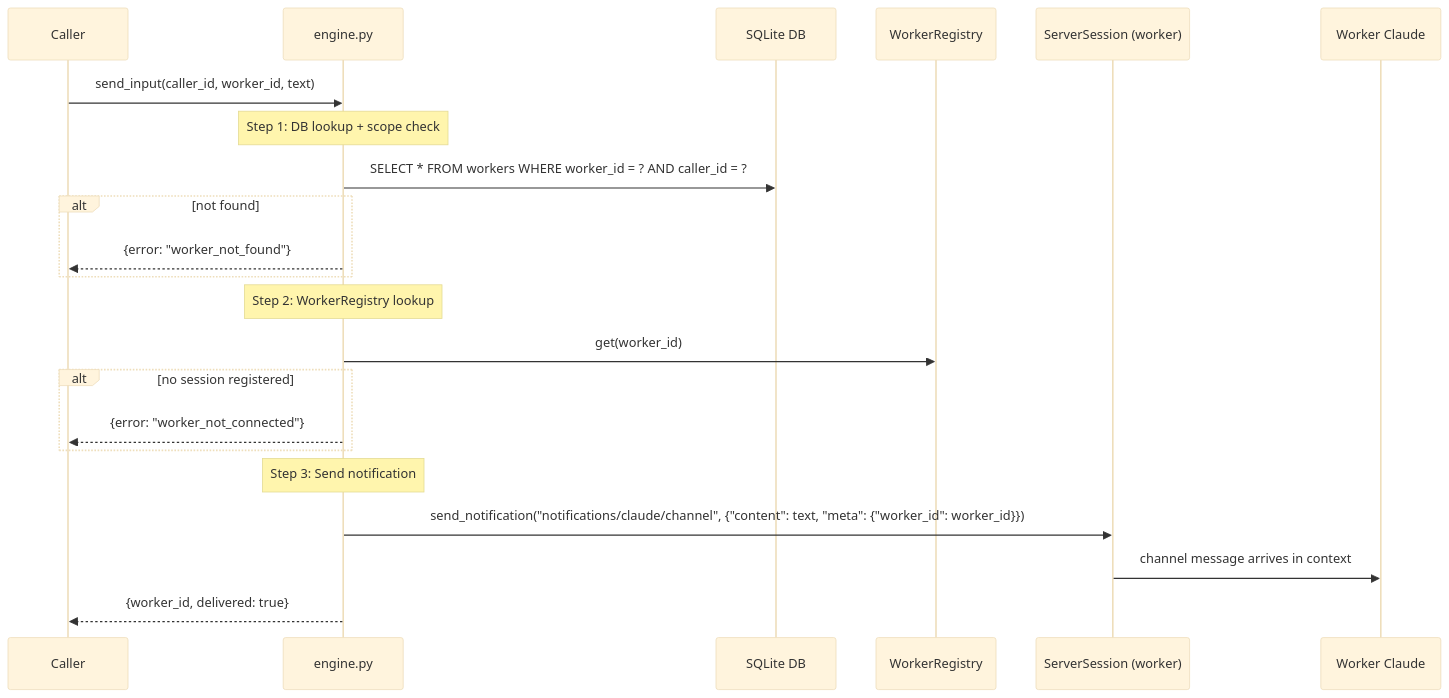
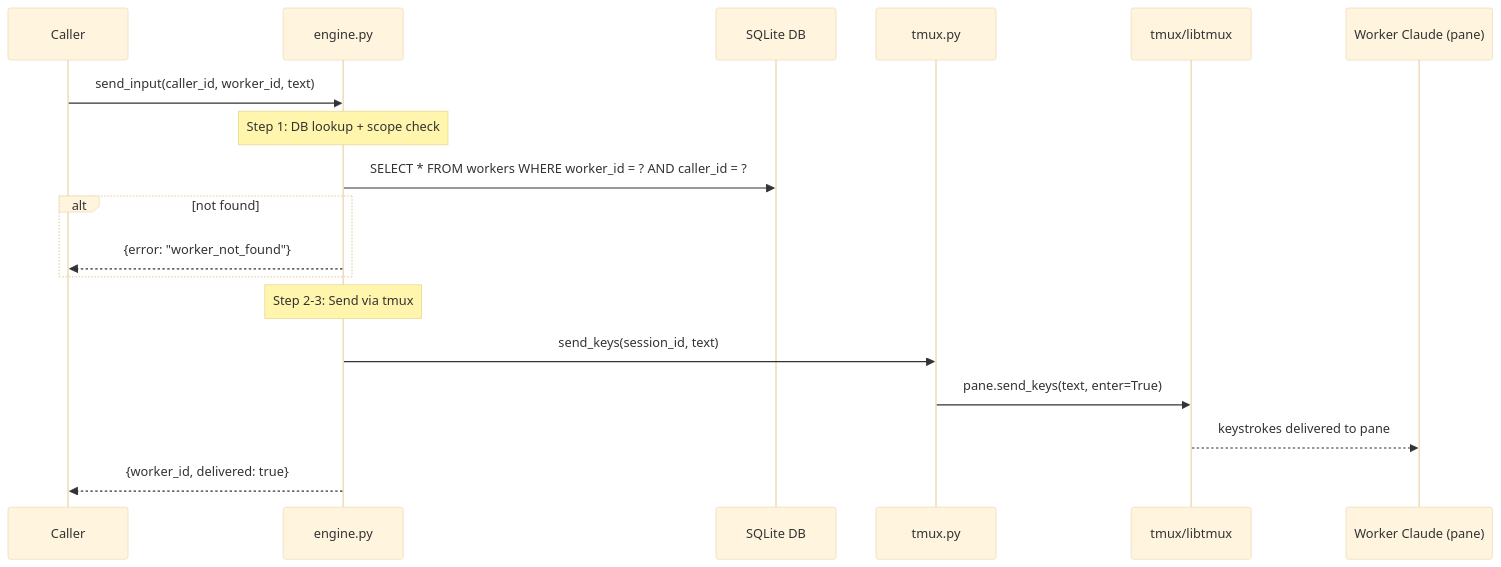
Before and after one commit to gabemahoney/waggle: the diagram in docs/architecture/send_input.md, drawn with Mermaid (base theme). The commit also changed other lines of this file and 24 other files, not shown here.

First line of the commit message:
Replace Claude Channels input delivery with tmux send-keys (b.g2x)

````diff
--- a/docs/architecture/send_input.md
+++ b/docs/architecture/send_input.md
@@ -52,29 +40,24 @@
 ```mermaid
 sequenceDiagram
     participant C as Caller
     participant E as engine.py
     participant DB as SQLite DB
-    participant WR as WorkerRegistry
-    participant SS as ServerSession (worker)
-    participant W as Worker Claude
+    participant TM as tmux.py
+    participant TX as tmux/libtmux
+    participant W as Worker Claude (pane)
 
     C->>E: send_input(caller_id, worker_id, text)
 
     Note over E: Step 1: DB lookup + scope check
     E->>DB: SELECT * FROM workers WHERE worker_id = ? AND caller_id = ?
     alt not found
         E-->>C: {error: "worker_not_found"}
     end
 
-    Note over E: Step 2: WorkerRegistry lookup
-    E->>WR: get(worker_id)
-    alt no session registered
-        E-->>C: {error: "worker_not_connected"}
-    end
-
-    Note over E: Step 3: Send notification
-    E->>SS: send_notification("notifications/claude/channel", {"content": text, "meta": {"worker_id": worker_id}})
-    SS->>W: channel message arrives in context
+    Note over E: Step 2-3: Send via tmux
+    E->>TM: send_keys(session_id, text)
+    TM->>TX: pane.send_keys(text, enter=True)
+    TX-->>W: keystrokes delivered to pane
 
     E-->>C: {worker_id, delivered: true}
 ```
````
